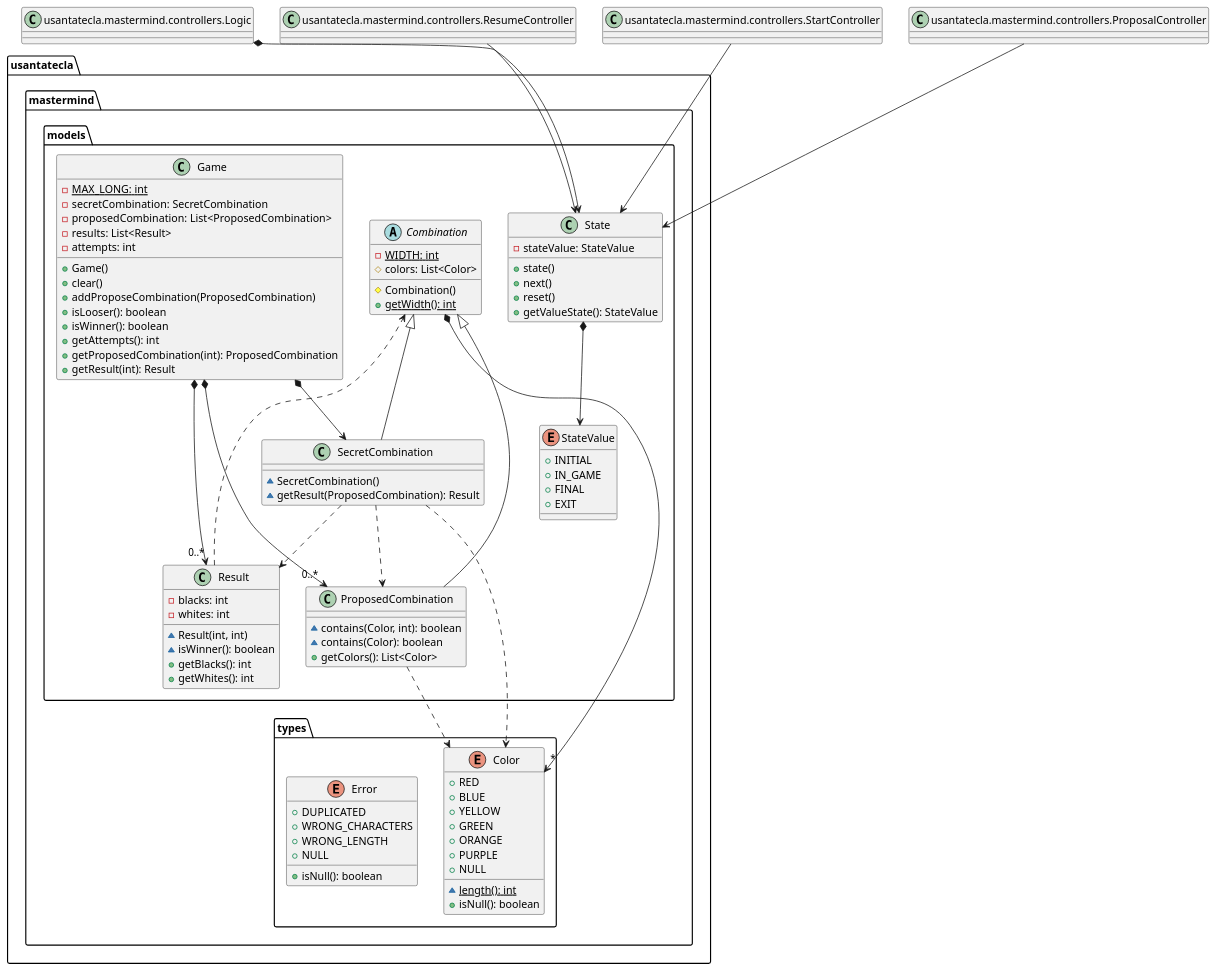
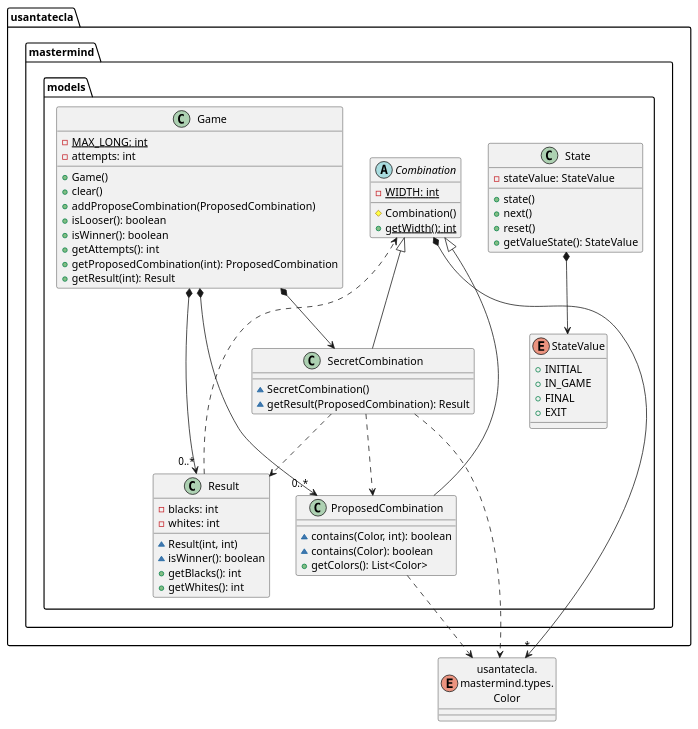
The fifth of 7 diagrams in modelViewPresenter/presentationModel/withDoubleDispatching/docs/diagrams/src/paquetes.plantuml (SantaTecla-mastermind/solution.java.swing.socket.sql), drawn with PlantUML before and after one commit. The commit also changed other lines of this file and 27 other files, not shown here.

Commit message:
[mvp.pm.withDoubleDispatching] Fixed code + diagrams + readme

```diff
--- a/modelViewPresenter/presentationModel/withDoubleDispatching/docs/diagrams/src/paquetes.plantuml
+++ b/modelViewPresenter/presentationModel/withDoubleDispatching/docs/diagrams/src/paquetes.plantuml
@@ -319,116 +286,70 @@
 @startuml usantatecla.mastermind.models
-class Logic as "usantatecla.mastermind.controllers.Logic" {
-
-
-}
-
-class ResumeController as "usantatecla.mastermind.controllers.ResumeController" {
-
-
-}
-
-class StartController as "usantatecla.mastermind.controllers.StartController" {
-
-
-}
-
-class ProposalController as "usantatecla.mastermind.controllers.ProposalController" {
-
-
-}
+enum Color as "usantatecla.\nmastermind.types.\nColor"
 
 class usantatecla.mastermind.models.State {
     - stateValue: StateValue
     + state()
     + next()
     + reset()
     + getValueState(): StateValue
 }
+usantatecla.mastermind.models.State *-down-> usantatecla.mastermind.models.StateValue
 
 enum usantatecla.mastermind.models.StateValue {
     + INITIAL
     + IN_GAME
     + FINAL
     + EXIT
-} 
+}
 
 abstract class usantatecla.mastermind.models.Combination {
-- {static} WIDTH: int
-# colors: List<Color>
-# Combination()
-+ {static} getWidth(): int
+    - {static} WIDTH: int
+    # Combination()
+    + {static} getWidth(): int
 }
-usantatecla.mastermind.models.Combination *-down-> "*" usantatecla.mastermind.types.Color
-usantatecla.mastermind.models.State *-down-> usantatecla.mastermind.models.StateValue
-Logic *-down-> usantatecla.mastermind.models.State
-ProposalController -down-> usantatecla.mastermind.models.State
-ResumeController -down-> usantatecla.mastermind.models.State
-StartController -down-> usantatecla.mastermind.models.State
+usantatecla.mastermind.models.Combination *-down-> "*" Color
 
 class usantatecla.mastermind.models.Game {
-- {static} MAX_LONG: int
-- secretCombination: SecretCombination
-- proposedCombination: List<ProposedCombination>
-- results: List<Result>
-- attempts: int
-+ Game()
-+ clear()
-+ addProposeCombination(ProposedCombination)
-+ isLooser(): boolean
-+ isWinner(): boolean
-+ getAttempts(): int
-+ getProposedCombination(int): ProposedCombination
-+ getResult(int): Result
+    - {static} MAX_LONG: int
+    - attempts: int
+    + Game()
+    + clear()
+    + addProposeCombination(ProposedCombination)
+    + isLooser(): boolean
+    + isWinner(): boolean
+    + getAttempts(): int
+    + getProposedCombination(int): ProposedCombination
+    + getResult(int): Result
 }
 usantatecla.mastermind.models.Game *-down-> usantatecla.mastermind.models.SecretCombination
 usantatecla.mastermind.models.Game *-down-> "0..*" usantatecla.mastermind.models.Result
 usantatecla.mastermind.models.Game *-down-> "0..*" usantatecla.mastermind.models.ProposedCombination
 
 class usantatecla.mastermind.models.ProposedCombination {
-~ contains(Color, int): boolean
-~ contains(Color): boolean
-+ getColors(): List<Color>
+    ~ contains(Color, int): boolean
+    ~ contains(Color): boolean
+    + getColors(): List<Color>
 }
 usantatecla.mastermind.models.Combination <|-down- usantatecla.mastermind.models.ProposedCombination
-usantatecla.mastermind.models.ProposedCombination ..> usantatecla.mastermind.types.Color
+usantatecla.mastermind.models.ProposedCombination .down.> Color
 
 class usantatecla.mastermind.models.SecretCombination {
-~ SecretCombination()
-~ getResult(ProposedCombination): Result
+    ~ SecretCombination()
+    ~ getResult(ProposedCombination): Result
 }
 usantatecla.mastermind.models.Combination <|-down- usantatecla.mastermind.models.SecretCombination
-usantatecla.mastermind.models.SecretCombination ..> usantatecla.mastermind.models.Result
-usantatecla.mastermind.models.SecretCombination ..> usantatecla.mastermind.models.ProposedCombination
-usantatecla.mastermind.models.SecretCombination ..> usantatecla.mastermind.types.Color
+usantatecla.mastermind.models.SecretCombination .down.> usantatecla.mastermind.models.Result
+usantatecla.mastermind.models.SecretCombination .down.> usantatecla.mastermind.models.ProposedCombination
+usantatecla.mastermind.models.SecretCombination .down.> Color
 
 class usantatecla.mastermind.models.Result {
-- blacks: int
-- whites: int
-~ Result(int, int)
-~ isWinner(): boolean
-+ getBlacks(): int
-+ getWhites(): int
+    - blacks: int
+    - whites: int
+    ~ Result(int, int)
+    ~ isWinner(): boolean
+    + getBlacks(): int
+    + getWhites(): int
 }
+usantatecla.mastermind.models.Result .down.> usantatecla.mastermind.models.Combination
 
-usantatecla.mastermind.models.Result -down..> usantatecla.mastermind.models.Combination
-
-enum usantatecla.mastermind.types.Color {
-+ RED
-+ BLUE
-+ YELLOW
-+ GREEN
-+ ORANGE
-+ PURPLE
-+ NULL
-~ {static} length(): int
-+ isNull(): boolean
-}
-
-enum usantatecla.mastermind.types.Error {
-+ DUPLICATED
-+ WRONG_CHARACTERS
-+ WRONG_LENGTH
-+ NULL
-+ isNull(): boolean
-}
 @enduml
```
